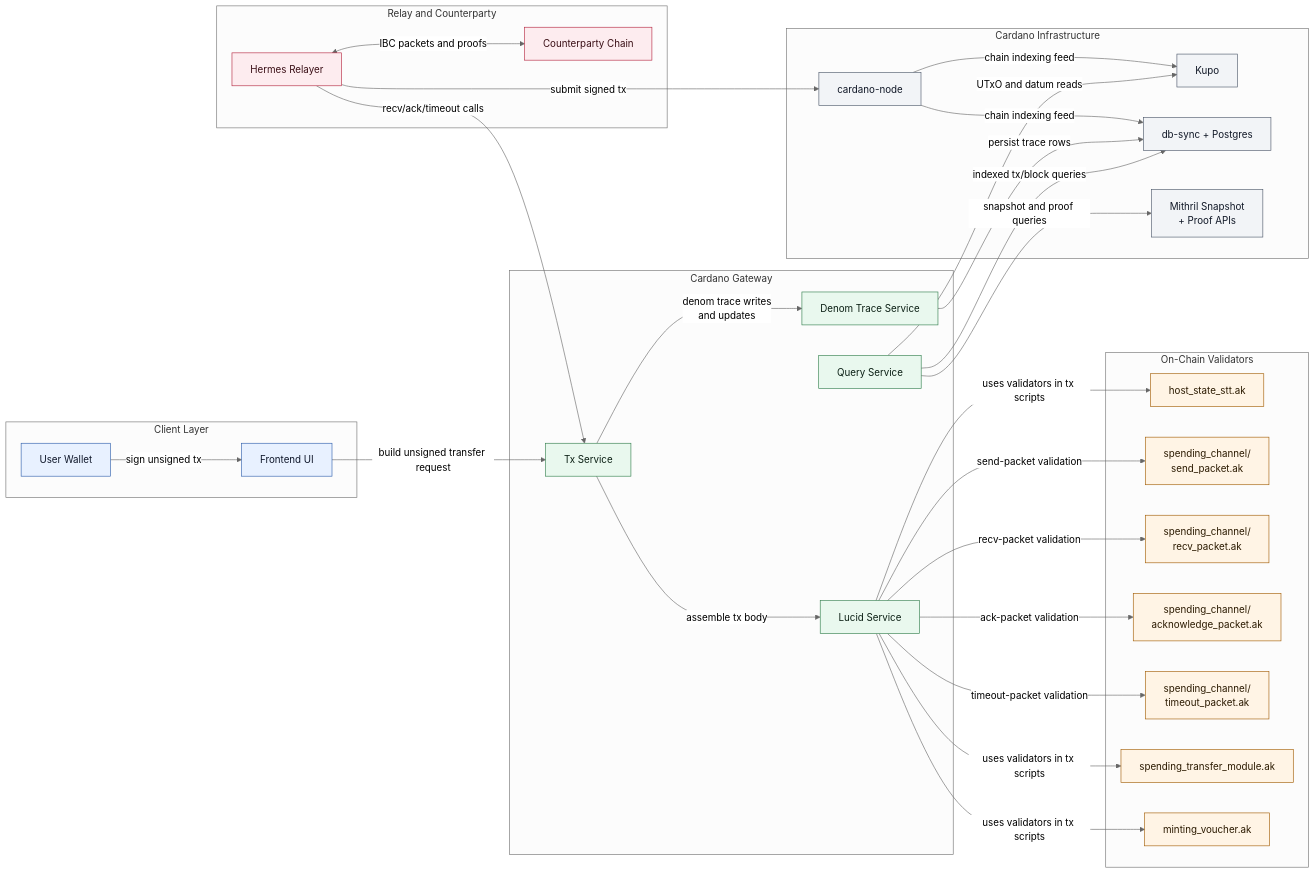
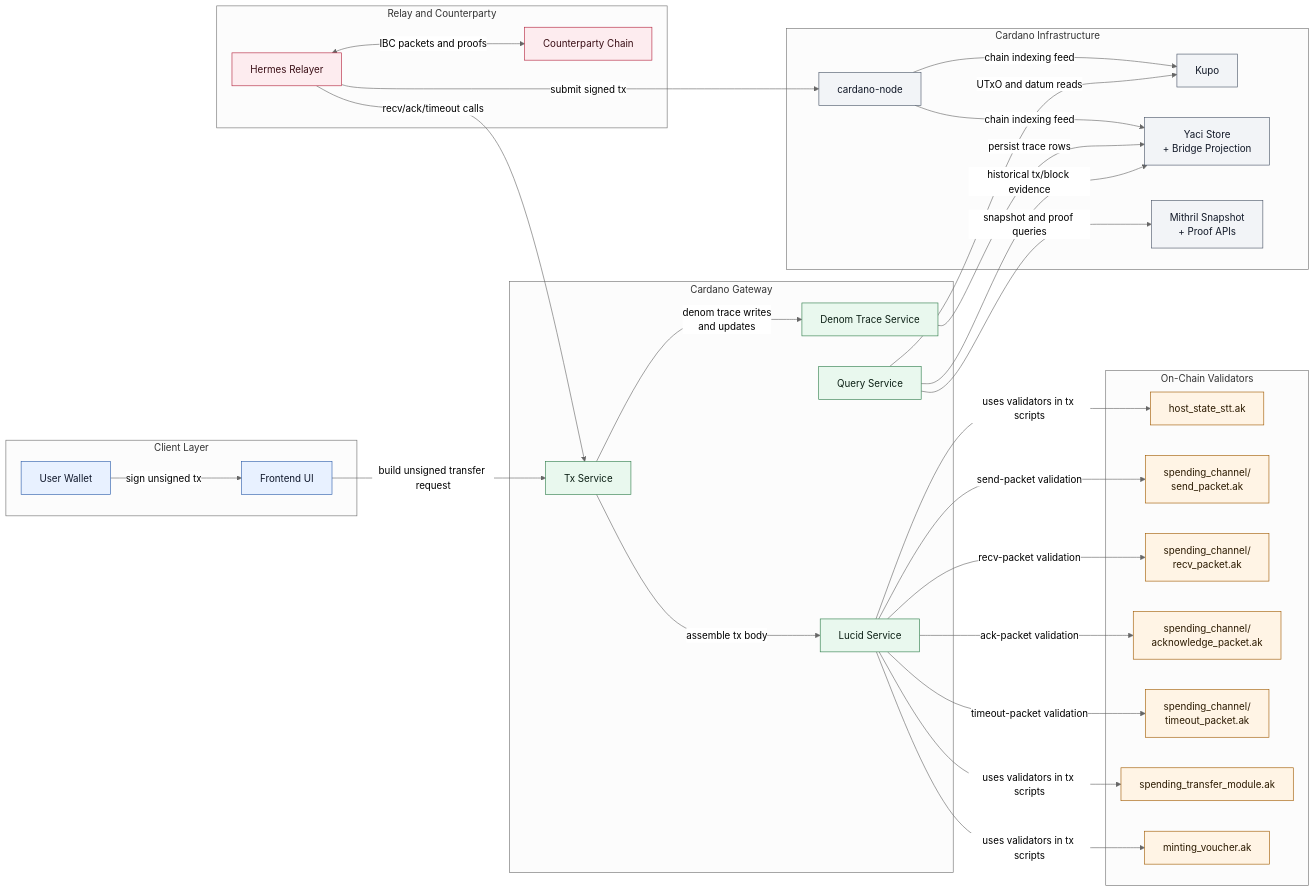
The diagram in README.md (cardano-foundation/cardano-ibc-incubator), drawn with Mermaid (neutral theme) before and after one commit. The commit also changed other lines of this file and 18 other files, not shown here.

````diff
--- a/README.md
+++ b/README.md
@@ -29,72 +29,72 @@
 ```mermaid
 flowchart LR
   subgraph Client["Client Layer"]
     UI["Frontend UI"]
     UW["User Wallet"]
   end
 
   subgraph Gateway["Cardano Gateway"]
     TX["Tx Service"]
     QUERY["Query Service"]
     LUCID["Lucid Service"]
     TRACE["Denom Trace Service"]
   end
 
   subgraph OnChain["On-Chain Validators"]
     HOST["host_state_stt.ak"]
     CH_SEND["spending_channel/<br/>send_packet.ak"]
     CH_RECV["spending_channel/<br/>recv_packet.ak"]
     CH_ACK["spending_channel/<br/>acknowledge_packet.ak"]
     CH_TIMEOUT["spending_channel/<br/>timeout_packet.ak"]
     TRANSFER["spending_transfer_module.ak"]
     VOUCHER["minting_voucher.ak"]
   end
 
   subgraph CardanoInfra["Cardano Infrastructure"]
     NODE["cardano-node"]
     KUPO["Kupo"]
-    DBSYNC["db-sync + Postgres"]
+    YACI["Yaci Store<br/>+ Bridge Projection"]
     MITHRIL["Mithril Snapshot<br/>+ Proof APIs"]
   end
 
   subgraph Relay["Relay and Counterparty"]
     HERMES["Hermes Relayer"]
     COSMOS["Counterparty Chain"]
   end
 
   UI -->|"build unsigned transfer request"| TX
   UW -->|"sign unsigned tx"| UI
   TX -->|"assemble tx body"| LUCID
   LUCID -->|"uses validators in tx scripts"| HOST
   LUCID -->|"send-packet validation"| CH_SEND
   LUCID -->|"recv-packet validation"| CH_RECV
   LUCID -->|"ack-packet validation"| CH_ACK
   LUCID -->|"timeout-packet validation"| CH_TIMEOUT
   LUCID -->|"uses validators in tx scripts"| TRANSFER
   LUCID -->|"uses validators in tx scripts"| VOUCHER
 
   HERMES -->|"submit signed tx"| NODE
   HERMES -->|"recv/ack/timeout calls"| TX
   HERMES <-->|"IBC packets and proofs"| COSMOS
 
   QUERY -->|"UTxO and datum reads"| KUPO
-  QUERY -->|"indexed tx/block queries"| DBSYNC
+  QUERY -->|"historical tx/block evidence"| YACI
   QUERY -->|"snapshot and proof queries"| MITHRIL
   TX -->|"denom trace writes<br/>and updates"| TRACE
-  TRACE -->|"persist trace rows"| DBSYNC
+  TRACE -->|"persist trace rows"| YACI
 
   NODE -->|"chain indexing feed"| KUPO
-  NODE -->|"chain indexing feed"| DBSYNC
+  NODE -->|"chain indexing feed"| YACI
 
   classDef client fill:#e8f1ff,stroke:#2b5cab,color:#0f172a
   classDef gateway fill:#e9f8ee,stroke:#2f7d4a,color:#0b1f14
   classDef onchain fill:#fff4e5,stroke:#a05a00,color:#2b1a00
   classDef infra fill:#f2f4f7,stroke:#4a5568,color:#111827
   classDef relay fill:#fdecef,stroke:#b4233d,color:#3a0f16
 
   class UI,UW client
   class TX,QUERY,LUCID,TRACE gateway
   class HOST,CH_SEND,CH_RECV,CH_ACK,CH_TIMEOUT,TRANSFER,VOUCHER onchain
-  class NODE,KUPO,DBSYNC,MITHRIL infra
+  class NODE,KUPO,YACI,MITHRIL infra
   class HERMES,COSMOS relay
 ```
````
